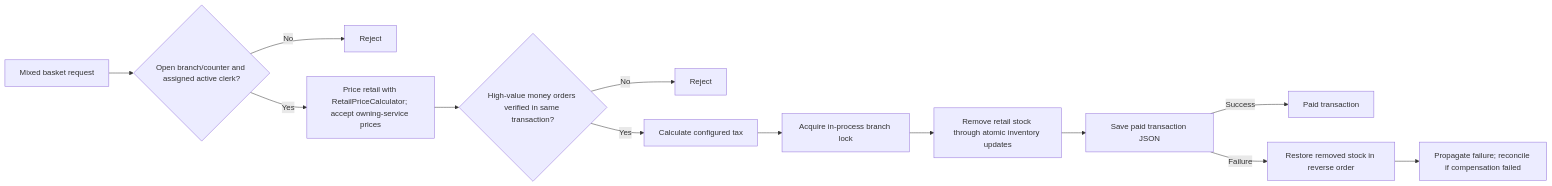
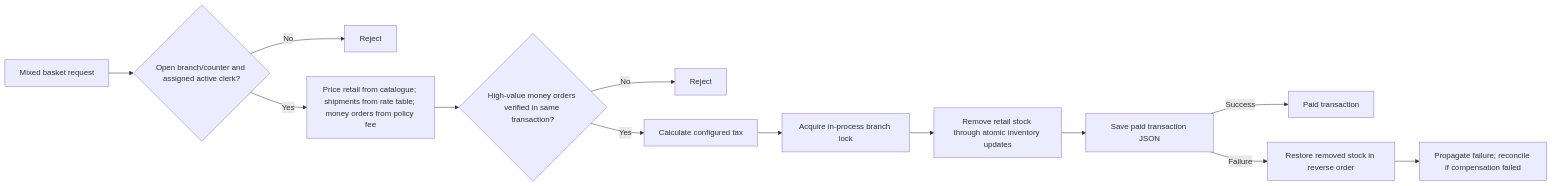
One commit to NarendraDappili/ApexPostLogisticsRepo changed diagram 17 of 32 in DESIGN.md. Above: the diagram before and after it, drawn with Mermaid. The commit also changed other lines of this file and 101 other files, not shown here.

````diff
--- a/DESIGN.md
+++ b/DESIGN.md
@@ -283,15 +283,15 @@
 ```mermaid
 flowchart LR
     Basket[Mixed basket request] --> POS{Open branch/counter and assigned active clerk?}
     POS -->|No| RejectPOS[Reject]
-    POS -->|Yes| Lines[Price retail with RetailPriceCalculator; accept owning-service prices]
+    POS -->|Yes| Lines[Price retail from catalogue; shipments from rate table; money orders from policy fee]
     Lines --> MO{High-value money orders verified in same transaction?}
     MO -->|No| RejectMO[Reject]
     MO -->|Yes| Tax[Calculate configured tax]
     Tax --> Lock[Acquire in-process branch lock]
     Lock --> Stock[Remove retail stock through atomic inventory updates]
     Stock --> Save[Save paid transaction JSON]
     Save -->|Success| Paid[Paid transaction]
     Save -->|Failure| Compensate[Restore removed stock in reverse order]
     Compensate --> Failure[Propagate failure; reconcile if compensation failed]
 ```
````
